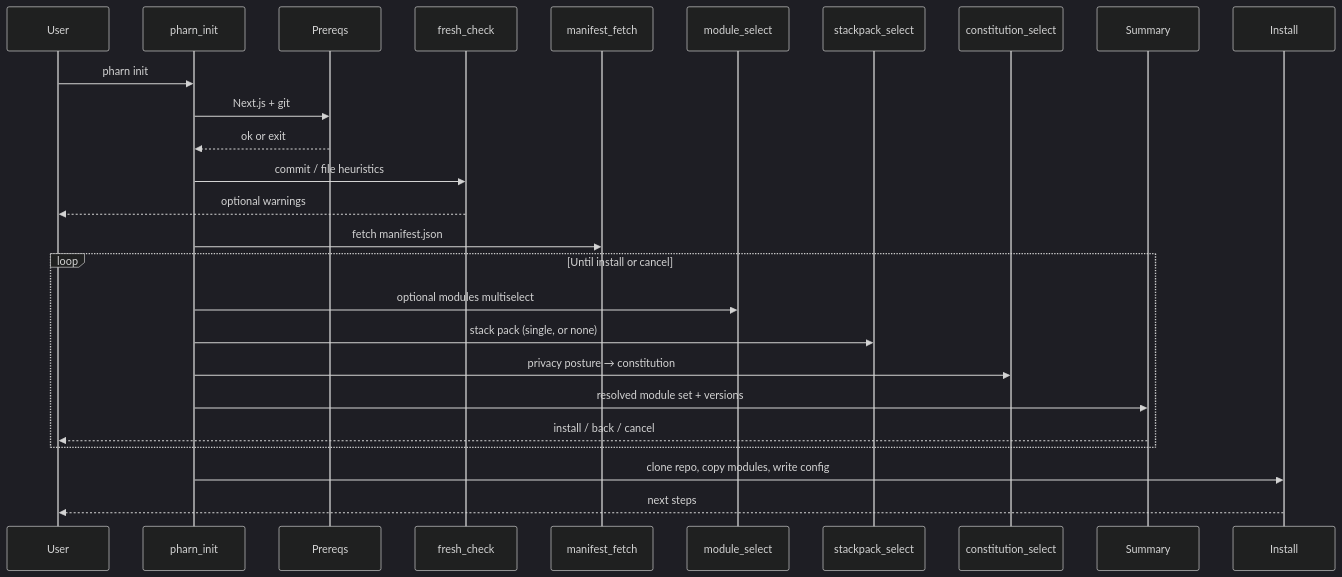
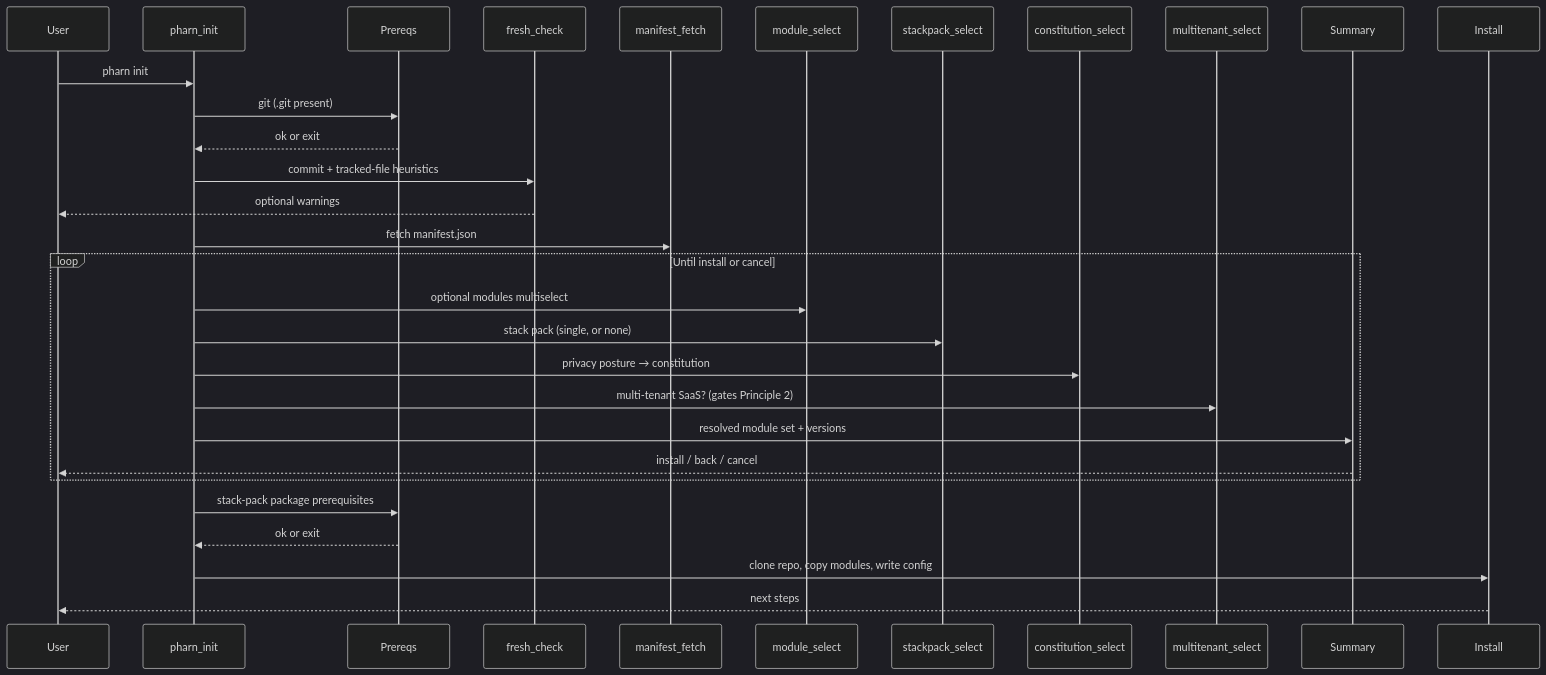
The diagram in docs/commands/init.md (pharn-dev/pharn-cli), drawn with Mermaid (dark theme) before and after one commit. The commit also changed other lines of this file and 40 other files, not shown here.

````diff
--- a/docs/commands/init.md
+++ b/docs/commands/init.md
@@ -13,29 +13,33 @@
 ```mermaid
 sequenceDiagram
   participant User
   participant CLI as pharn_init
   participant Prereqs
   participant Fresh as fresh_check
   participant Catalog as manifest_fetch
   participant Modules as module_select
   participant Stack as stackpack_select
   participant Const as constitution_select
+  participant Tenant as multitenant_select
   participant Summary
   participant Install
 
   User->>CLI: pharn init
-  CLI->>Prereqs: Next.js + git
+  CLI->>Prereqs: git (.git present)
   Prereqs-->>CLI: ok or exit
-  CLI->>Fresh: commit / file heuristics
+  CLI->>Fresh: commit + tracked-file heuristics
   Fresh-->>User: optional warnings
   CLI->>Catalog: fetch manifest.json
   loop Until install or cancel
     CLI->>Modules: optional modules multiselect
     CLI->>Stack: stack pack (single, or none)
     CLI->>Const: privacy posture → constitution
+    CLI->>Tenant: multi-tenant SaaS? (gates Principle 2)
     CLI->>Summary: resolved module set + versions
     Summary-->>User: install / back / cancel
   end
+  CLI->>Prereqs: stack-pack package prerequisites
+  Prereqs-->>CLI: ok or exit
   CLI->>Install: clone repo, copy modules, write config
   Install-->>User: next steps
 ```
````
